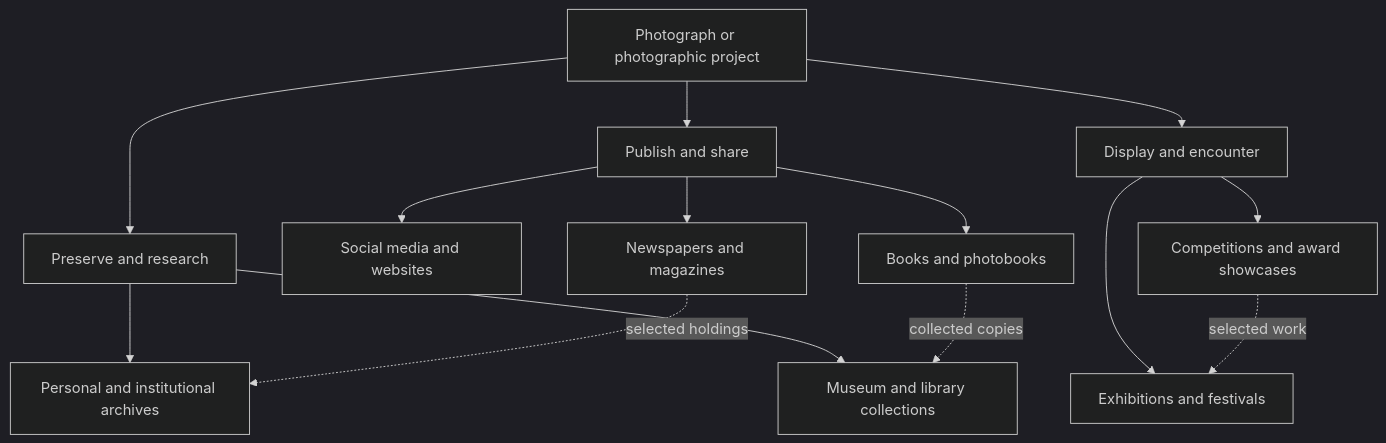
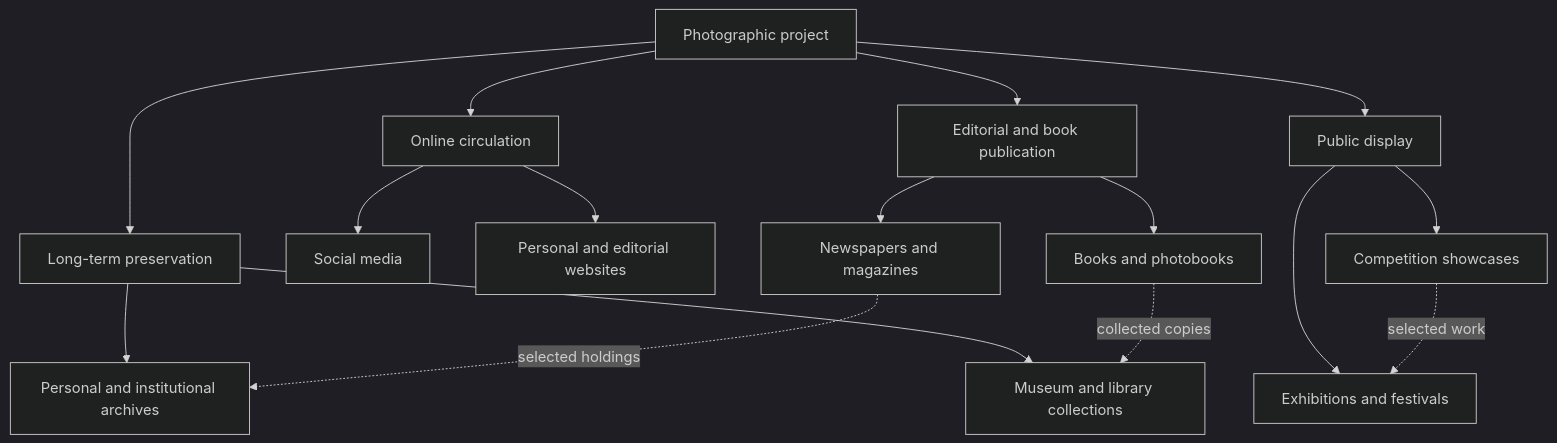
The diagram in book content/05_Photography_genres_&_careers.md (yn-ot/AI_web_book), drawn with Mermaid (dark theme) before and after one commit. The commit also changed other lines of this file and 6 other files, not shown here.

Commit message:
Revise photography chapter with charts and archived versions

````diff
--- a/book content/05_Photography_genres_&_careers.md
+++ b/book content/05_Photography_genres_&_careers.md
@@ -110,16 +79,18 @@
 ```mermaid
 flowchart TD
-    A[Photograph or photographic project] --> B[Publish and share]
-    A --> C[Display and encounter]
-    A --> D[Preserve and research]
-    B --> E[Social media and websites]
-    B --> F[Newspapers and magazines]
-    B --> G[Books and photobooks]
-    C --> H[Exhibitions and festivals]
-    C --> I[Competitions and award showcases]
-    D --> J[Personal and institutional archives]
-    D --> K[Museum and library collections]
-    I -. selected work .-> H
-    G -. collected copies .-> K
-    F -. selected holdings .-> J
+    P[Photographic project] --> O[Online circulation]
+    P --> E[Editorial and book publication]
+    P --> D[Public display]
+    P --> A[Long-term preservation]
+    O --> S[Social media]
+    O --> W[Personal and editorial websites]
+    E --> N[Newspapers and magazines]
+    E --> B[Books and photobooks]
+    D --> X[Exhibitions and festivals]
+    D --> C[Competition showcases]
+    A --> R[Personal and institutional archives]
+    A --> M[Museum and library collections]
+    C -. selected work .-> X
+    B -. collected copies .-> M
+    N -. selected holdings .-> R
 ```
````
